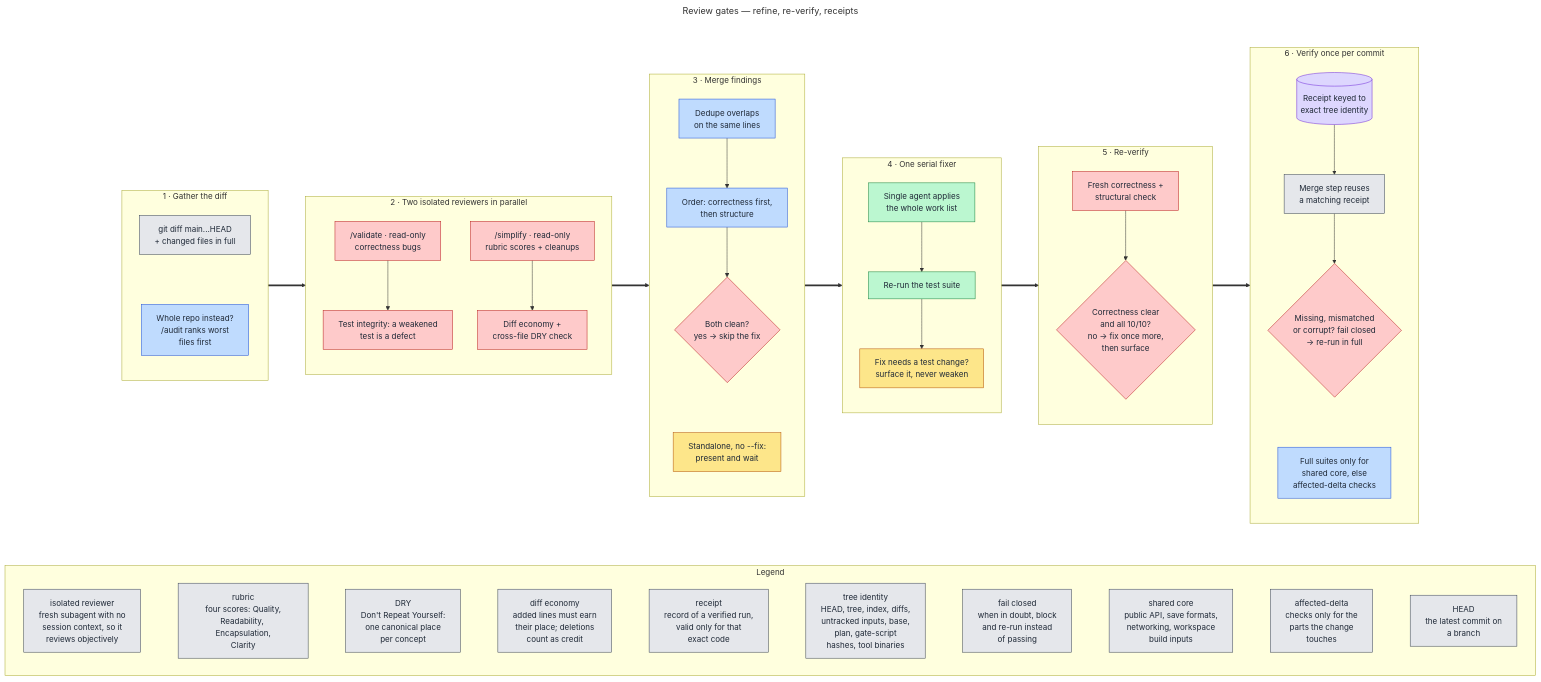
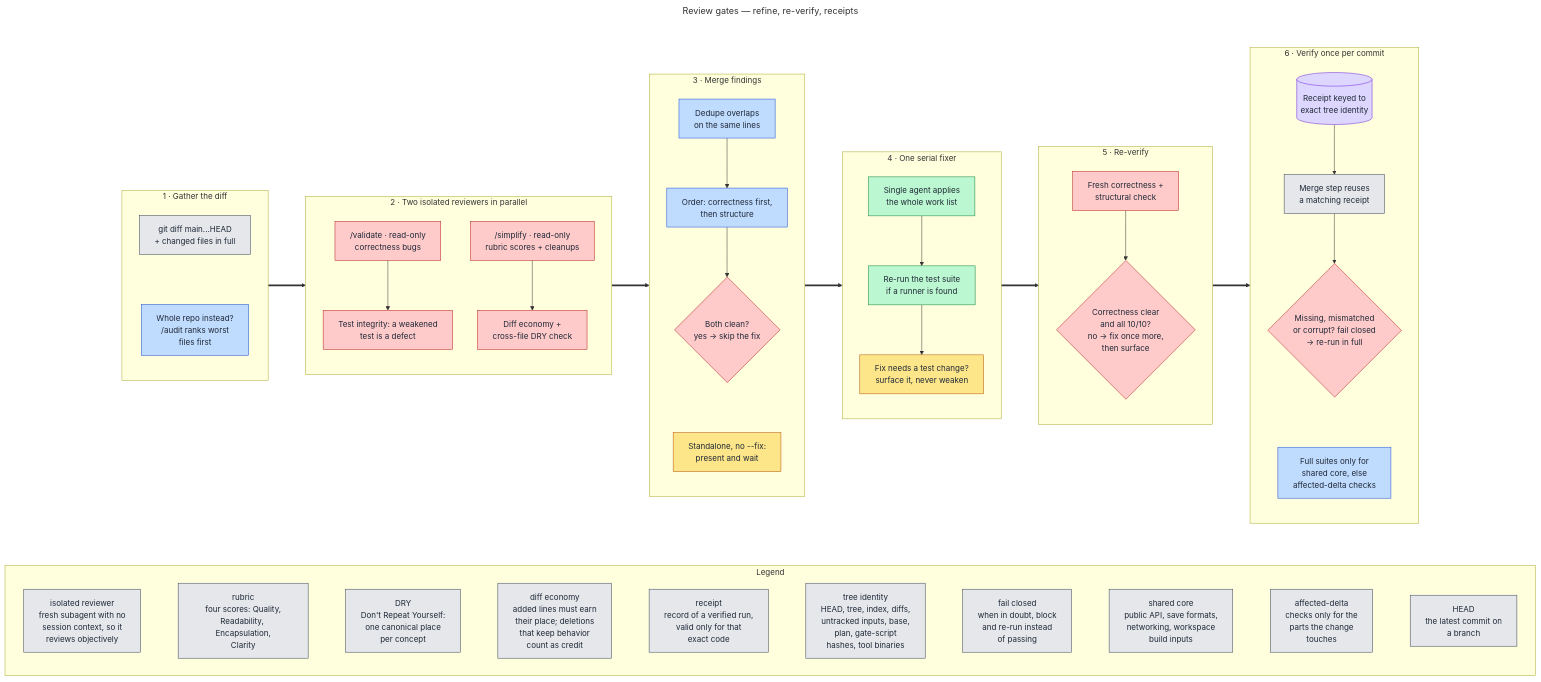
Before and after one commit to victusfate/scaffold: the diagram in docs/diagrams/src/review-gates.mmd, drawn with Mermaid. The commit also changed 3 other files, not shown here.

Commit message:
docs(diagrams): correct review-gates, qa, investigate against their sources

```diff
--- a/docs/diagrams/src/review-gates.mmd
+++ b/docs/diagrams/src/review-gates.mmd
@@ -1,89 +1,89 @@
 ---
 title: Review gates — refine, re-verify, receipts
 ---
 flowchart TB
   classDef owner fill:#fde68a,stroke:#b45309,color:#1f2937
   classDef orch fill:#bfdbfe,stroke:#1d4ed8,color:#1f2937
   classDef state fill:#ddd6fe,stroke:#6d28d9,color:#1f2937
   classDef lane fill:#bbf7d0,stroke:#15803d,color:#1f2937
   classDef git fill:#e5e7eb,stroke:#374151,color:#1f2937
   classDef gate fill:#fecaca,stroke:#b91c1c,color:#1f2937
 
   %% Edges run between stage subgraphs (not inner nodes) so each stage keeps
   %% its own top-to-bottom direction and the whole image stays landscape.
 
   subgraph FLOW[" "]
   direction LR
 
   subgraph GATHER["1 · Gather the diff"]
     direction TB
     G1["git diff main...HEAD<br/>+ changed files in full"]:::git
     G2["Whole repo instead?<br/>/audit ranks worst<br/>files first"]:::orch
     G1 ~~~ G2
   end
 
   subgraph REVIEW["2 · Two isolated reviewers in parallel"]
     direction TB
     V1["/validate · read-only<br/>correctness bugs"]:::gate
     V2["Test integrity: a weakened<br/>test is a defect"]:::gate
     V3["/simplify · read-only<br/>rubric scores + cleanups"]:::gate
     V4["Diff economy +<br/>cross-file DRY check"]:::gate
     V1 --> V2
     V3 --> V4
   end
 
   subgraph MERGE["3 · Merge findings"]
     direction TB
     M1["Dedupe overlaps<br/>on the same lines"]:::orch
     M2["Order: correctness first,<br/>then structure"]:::orch
     M3{"Both clean?<br/>yes → skip the fix"}:::gate
     M4["Standalone, no --fix:<br/>present and wait"]:::owner
     M1 --> M2 --> M3
     M3 ~~~ M4
   end
 
   subgraph FIX["4 · One serial fixer"]
     direction TB
     F1["Single agent applies<br/>the whole work list"]:::lane
-    F2["Re-run the test suite"]:::lane
+    F2["Re-run the test suite<br/>if a runner is found"]:::lane
     F3["Fix needs a test change?<br/>surface it, never weaken"]:::owner
     F1 --> F2 --> F3
   end
 
   subgraph VERIFY["5 · Re-verify"]
     direction TB
     R1["Fresh correctness +<br/>structural check"]:::gate
     R2{"Correctness clear<br/>and all 10/10?<br/>no → fix once more,<br/>then surface"}:::gate
     R1 --> R2
   end
 
   subgraph RECEIPT["6 · Verify once per commit"]
     direction TB
     E1[("Receipt keyed to<br/>exact tree identity")]:::state
     E2["Merge step reuses<br/>a matching receipt"]:::git
     E3{"Missing, mismatched<br/>or corrupt? fail closed<br/>→ re-run in full"}:::gate
     E4["Full suites only for<br/>shared core, else<br/>affected-delta checks"]:::orch
     E1 --> E2 --> E3
     E3 ~~~ E4
   end
 
   GATHER ==> REVIEW ==> MERGE ==> FIX ==> VERIFY ==> RECEIPT
   end
   style FLOW fill:none,stroke:none
 
   subgraph LEGEND["Legend"]
     direction LR
     L1["isolated reviewer<br/>fresh subagent with no<br/>session context, so it<br/>reviews objectively"]:::git
     L2["rubric<br/>four scores: Quality,<br/>Readability, Encapsulation,<br/>Clarity"]:::git
     L3["DRY<br/>Don't Repeat Yourself:<br/>one canonical place<br/>per concept"]:::git
-    L4["diff economy<br/>added lines must earn<br/>their place; deletions<br/>count as credit"]:::git
+    L4["diff economy<br/>added lines must earn<br/>their place; deletions<br/>that keep behavior<br/>count as credit"]:::git
     L5["receipt<br/>record of a verified run,<br/>valid only for that<br/>exact code"]:::git
     L6["tree identity<br/>HEAD, tree, index, diffs,<br/>untracked inputs, base,<br/>plan, gate-script<br/>hashes, tool binaries"]:::git
     L7["fail closed<br/>when in doubt, block<br/>and re-run instead<br/>of passing"]:::git
     L8["shared core<br/>public API, save formats,<br/>networking, workspace<br/>build inputs"]:::git
     L9["affected-delta<br/>checks only for the<br/>parts the change<br/>touches"]:::git
     L10["HEAD<br/>the latest commit on<br/>a branch"]:::git
     L1 ~~~ L2 ~~~ L3 ~~~ L4 ~~~ L5 ~~~ L6 ~~~ L7 ~~~ L8 ~~~ L9 ~~~ L10
   end
 
   FLOW ~~~ LEGEND
```
